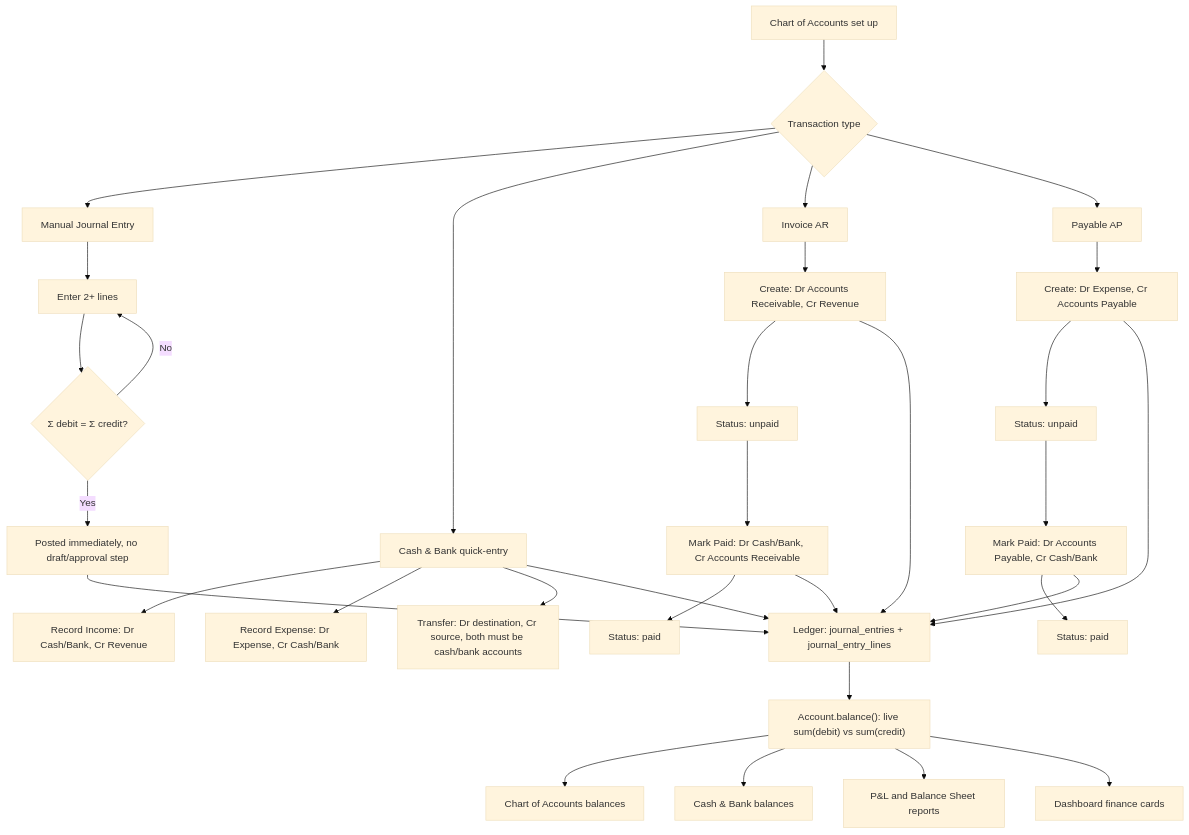
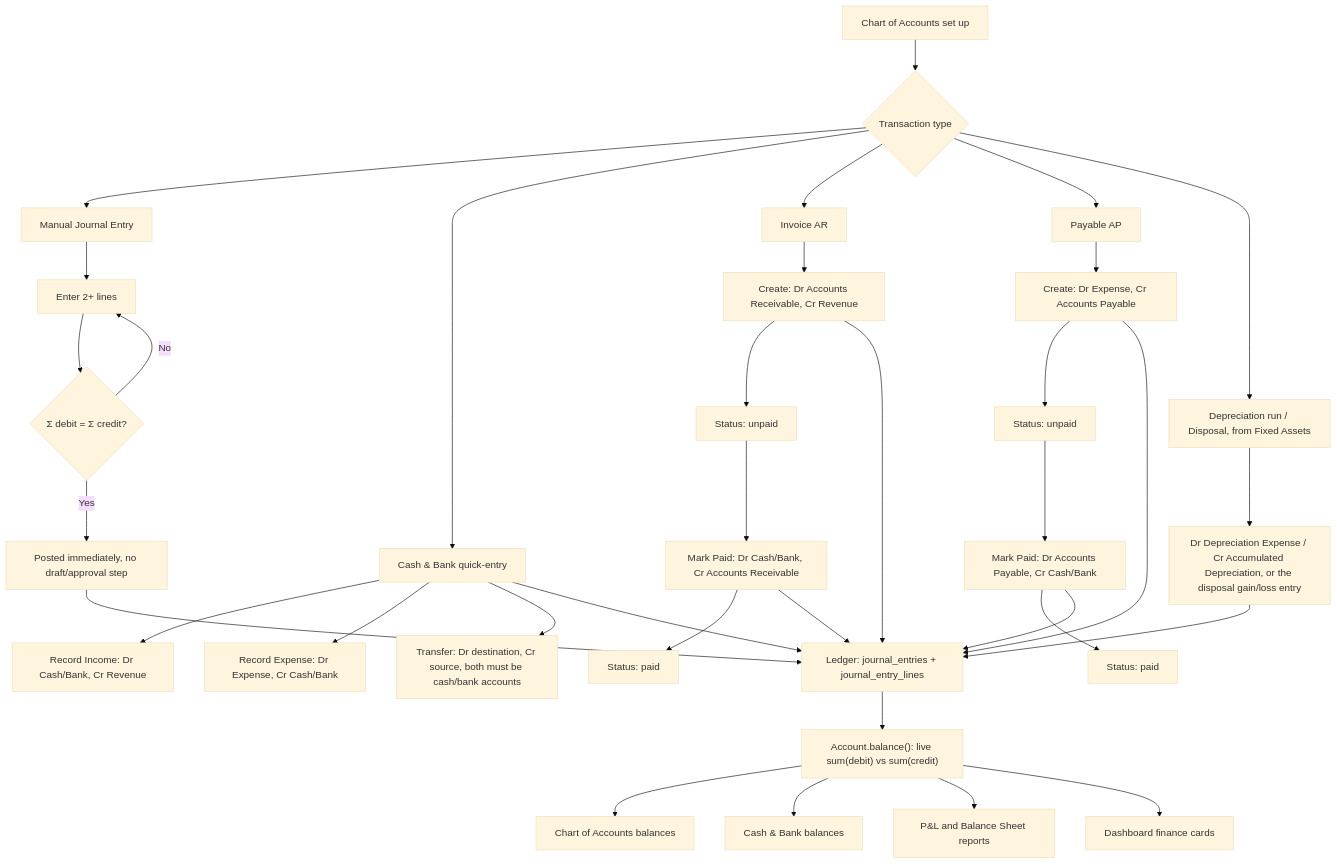
One commit to NanaBanana14/management-enterprise changed the third of 7 diagrams in README.md. Above: the diagram before and after it, drawn with Mermaid (base theme). The commit also changed other lines of this file and 4 other files, not shown here.

````diff
--- a/README.md
+++ b/README.md
@@ -242,40 +272,44 @@
 ```mermaid
 flowchart TD
     A[Chart of Accounts set up] --> B{Transaction type}
 
     B --> C[Manual Journal Entry]
     C --> C1[Enter 2+ lines]
     C1 --> C2{"Σ debit = Σ credit?"}
     C2 -->|No| C1
     C2 -->|Yes| C3[Posted immediately, no draft/approval step]
 
     B --> D[Cash & Bank quick-entry]
     D --> D1[Record Income: Dr Cash/Bank, Cr Revenue]
     D --> D2[Record Expense: Dr Expense, Cr Cash/Bank]
     D --> D3[Transfer: Dr destination, Cr source, both must be cash/bank accounts]
 
     B --> E[Invoice AR]
     E --> E1["Create: Dr Accounts Receivable, Cr Revenue"]
     E1 --> E2[Status: unpaid]
     E2 --> E3["Mark Paid: Dr Cash/Bank, Cr Accounts Receivable"]
     E3 --> E4[Status: paid]
 
     B --> F[Payable AP]
     F --> F1["Create: Dr Expense, Cr Accounts Payable"]
     F1 --> F2[Status: unpaid]
     F2 --> F3["Mark Paid: Dr Accounts Payable, Cr Cash/Bank"]
     F3 --> F4[Status: paid]
 
+    B --> G2[Depreciation run / Disposal, from Fixed Assets]
+    G2 --> G3["Dr Depreciation Expense / Cr Accumulated Depreciation, or the disposal gain/loss entry"]
+
     C3 --> G[Ledger: journal_entries + journal_entry_lines]
     D --> G
     E1 --> G
     E3 --> G
     F1 --> G
     F3 --> G
+    G3 --> G
 
     G --> H["Account.balance(): live sum(debit) vs sum(credit)"]
     H --> I[Chart of Accounts balances]
     H --> J[Cash & Bank balances]
     H --> K[P&L and Balance Sheet reports]
     H --> L[Dashboard finance cards]
 ```
````
